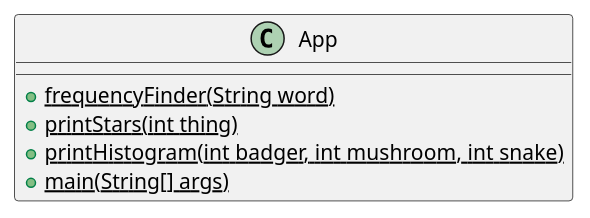
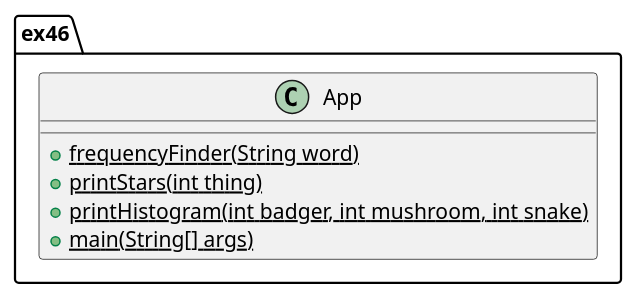
The diagram in src/main/java/ex46/ex46cd.puml (ayeekee/yeekee-cop3330-assignment3), drawn with PlantUML before and after one commit. The commit also changed 17 other files, not shown here.

```diff
--- a/src/main/java/ex46/ex46cd.puml
+++ b/src/main/java/ex46/ex46cd.puml
@@ -1,13 +1,12 @@
 @startuml
 'https://plantuml.com/class-diagram
 
-class App{
-
-+{static}frequencyFinder(String word)
-+{static}printStars(int thing)
-+{static}printHistogram(int badger, int mushroom, int snake)
-+{static}main(String[] args)
-
+package ex46{
+    class App{
+        +{static}frequencyFinder(String word)
+        +{static}printStars(int thing)
+        +{static}printHistogram(int badger, int mushroom, int snake)
+        +{static}main(String[] args)
+    }
 }
-
 @enduml
```
